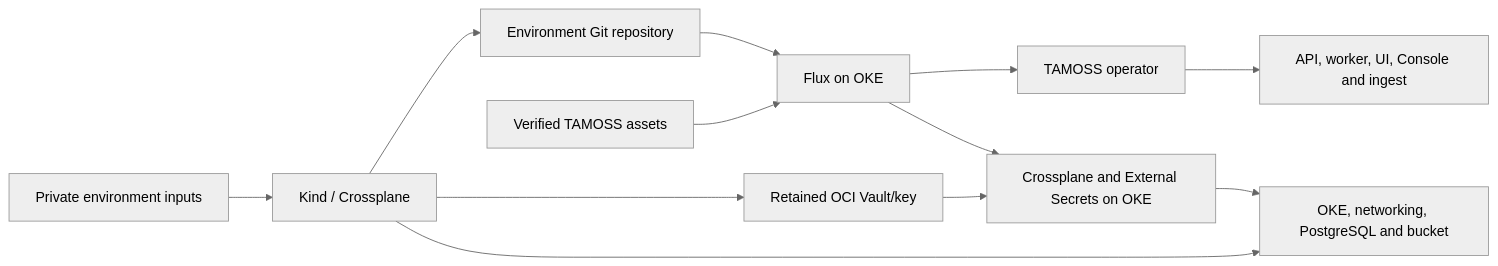
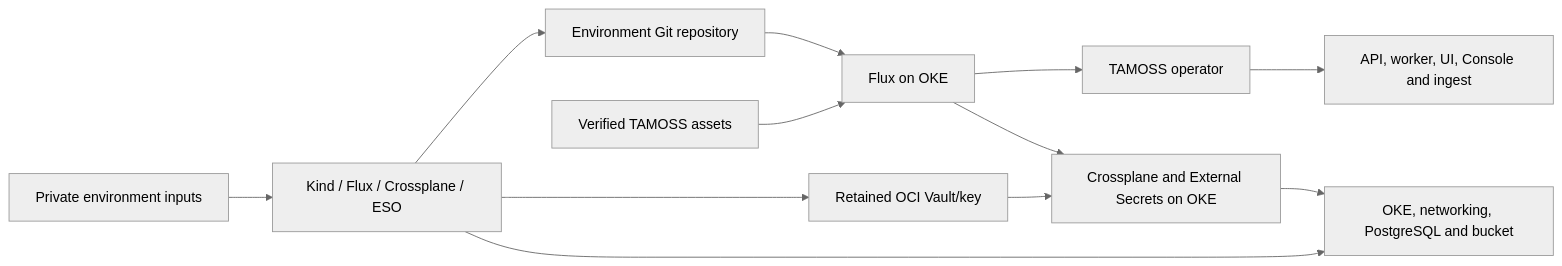
One commit to livewyer-ops/tamoss-cp-oci changed the diagram in docs/architecture.md. Above: the diagram before and after it, drawn with Mermaid (neutral theme). The commit also changed other lines of this file and 39 other files, not shown here.

First line of the commit message:
feat: reconcile the Kind bootstrap with Flux

````diff
--- a/docs/architecture.md
+++ b/docs/architecture.md
@@ -26,14 +32,14 @@
 ```mermaid
 flowchart LR
-    Inputs[Private environment inputs] --> Kind[Kind / Crossplane]
+    Inputs[Private environment inputs] --> Kind[Kind / Flux / Crossplane / ESO]
     Kind --> OCI[OKE, networking, PostgreSQL and bucket]
     Kind --> Vault[Retained OCI Vault/key]
     Kind --> Git[Environment Git repository]
     Git --> Flux[Flux on OKE]
     Release[Verified TAMOSS assets] --> Flux
     Flux --> Runtime[Crossplane and External Secrets on OKE]
     Runtime --> OCI
     Vault --> Runtime
     Flux --> Operator[TAMOSS operator]
     Operator --> App[API, worker, UI, Console and ingest]
 ```
````
